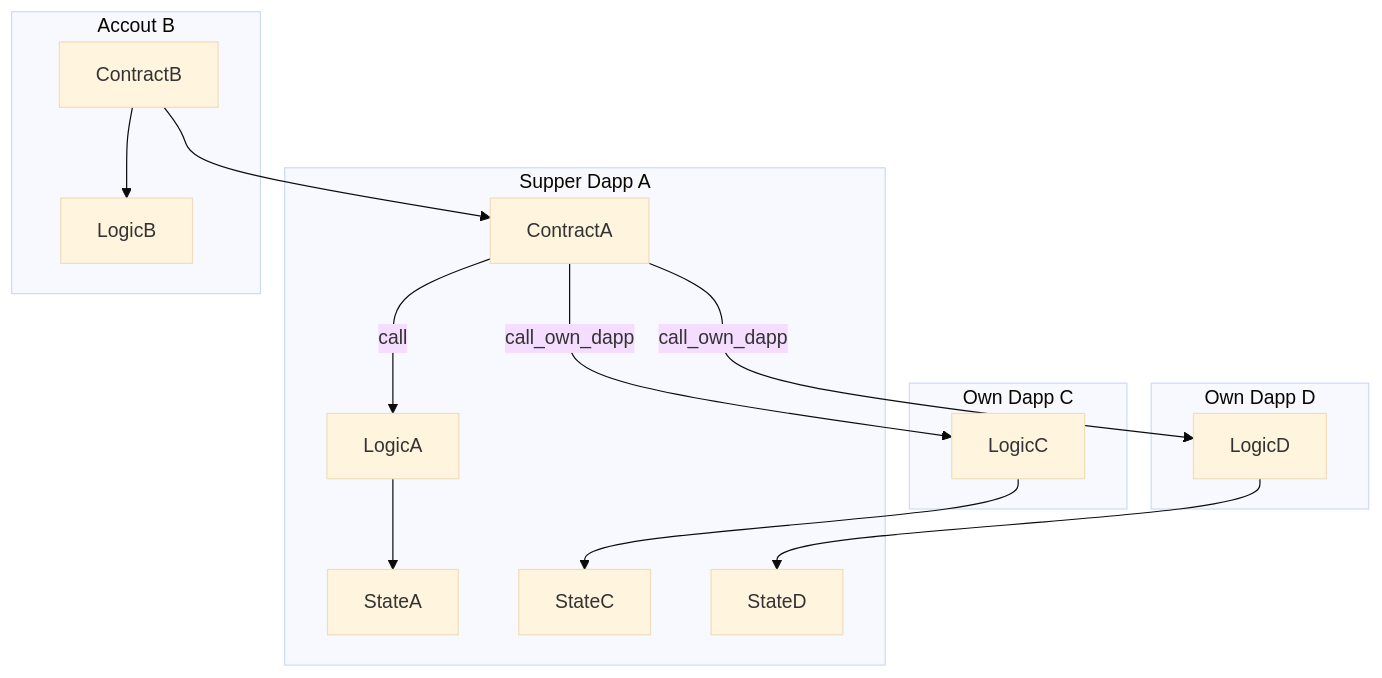
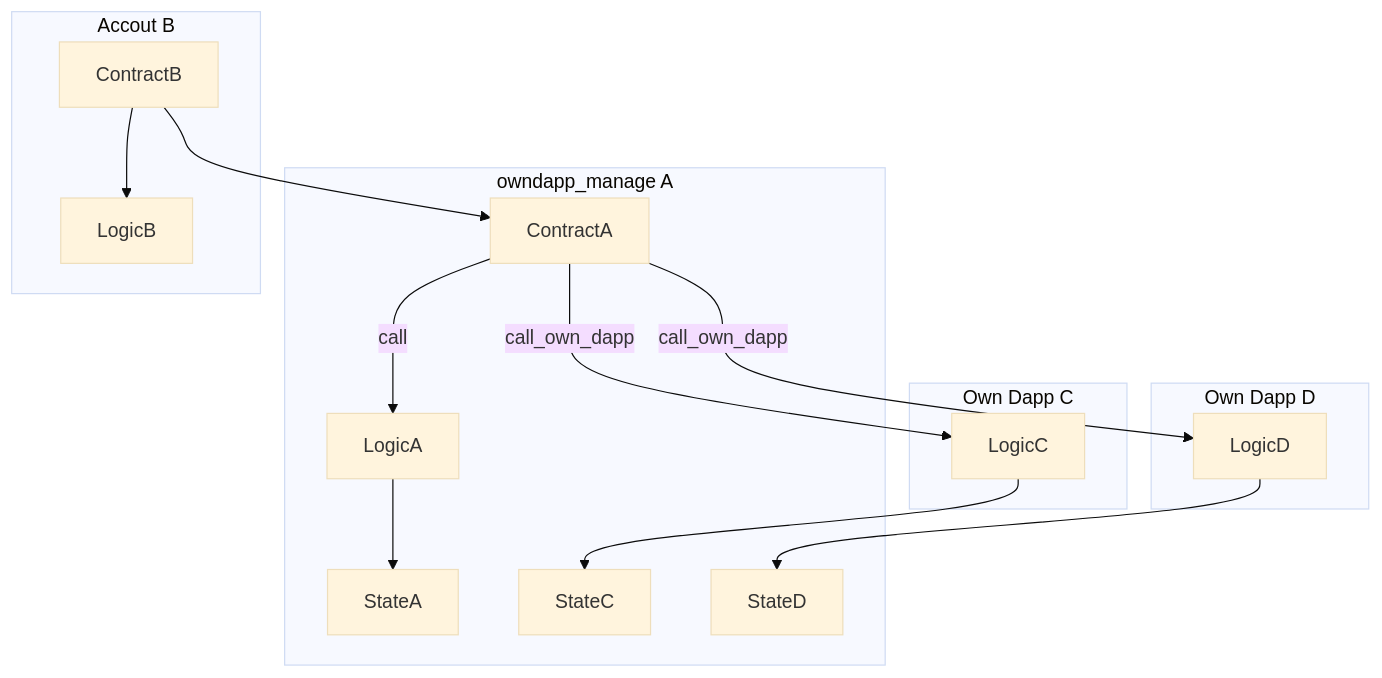
The second of 2 diagrams in README.md (mossdapp/owndapp_manage), drawn with Mermaid (base theme) before and after one commit. The commit also changed other lines of this file, not shown here.

````diff
--- a/README.md
+++ b/README.md
@@ -50,30 +50,30 @@
 ```mermaid
 flowchart TD
     
-    subgraph Supper Dapp A
+    subgraph owndapp_manage A
 			  StateA
 			  StateC
 			  StateD
         
     ContractA--call-->LogicA
     end
    
     subgraph Own Dapp C
     LogicC
     end
 
 		subgraph Own Dapp D
     LogicD
     end
 
     subgraph Accout B
     ContractB-->LogicB
     end
 
     ContractA --call_own_dapp--> LogicC
     LogicC--> StateC
 		ContractA --call_own_dapp-->  LogicD
     LogicD--> StateD
     LogicA--> StateA
     ContractB --> ContractA
 ```
````
